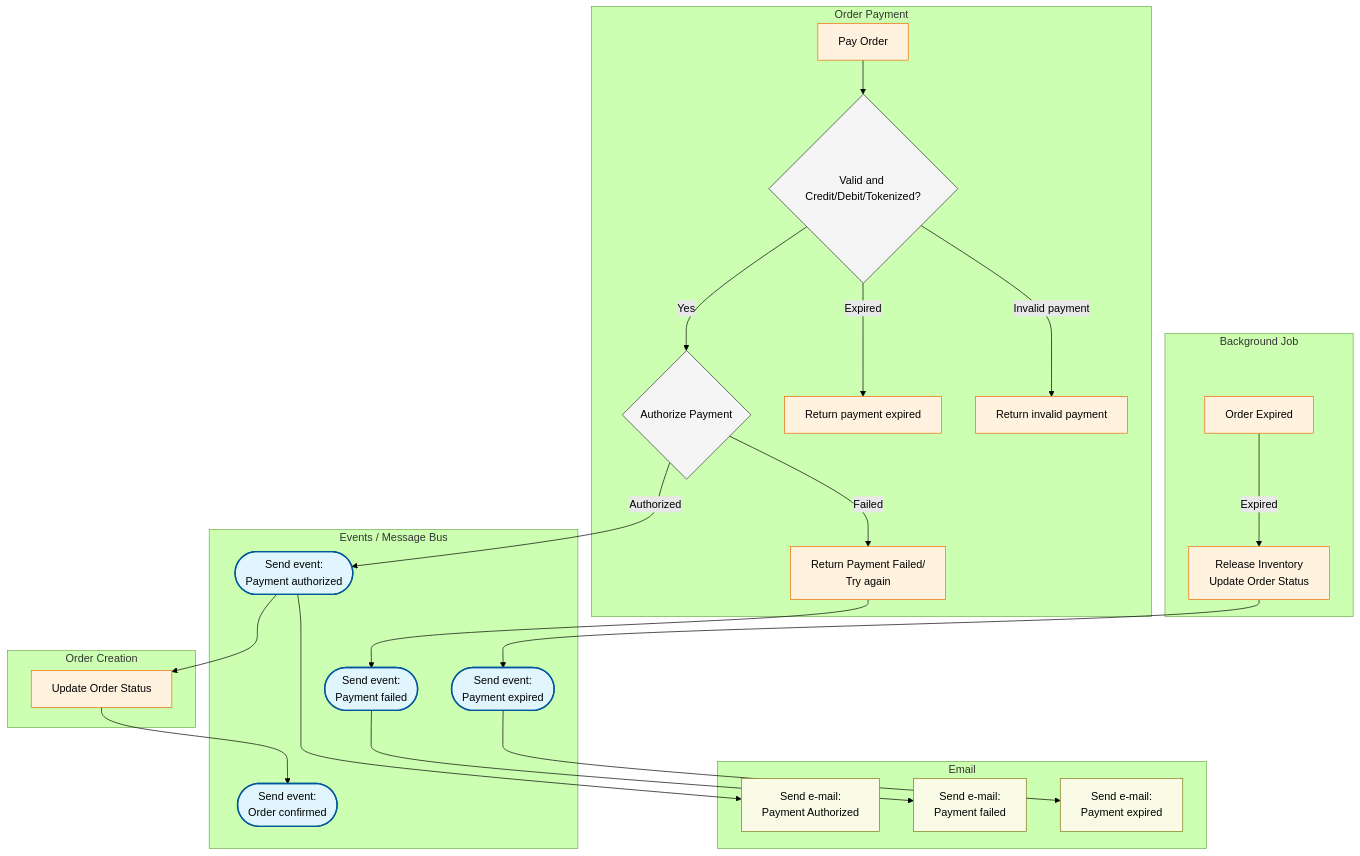
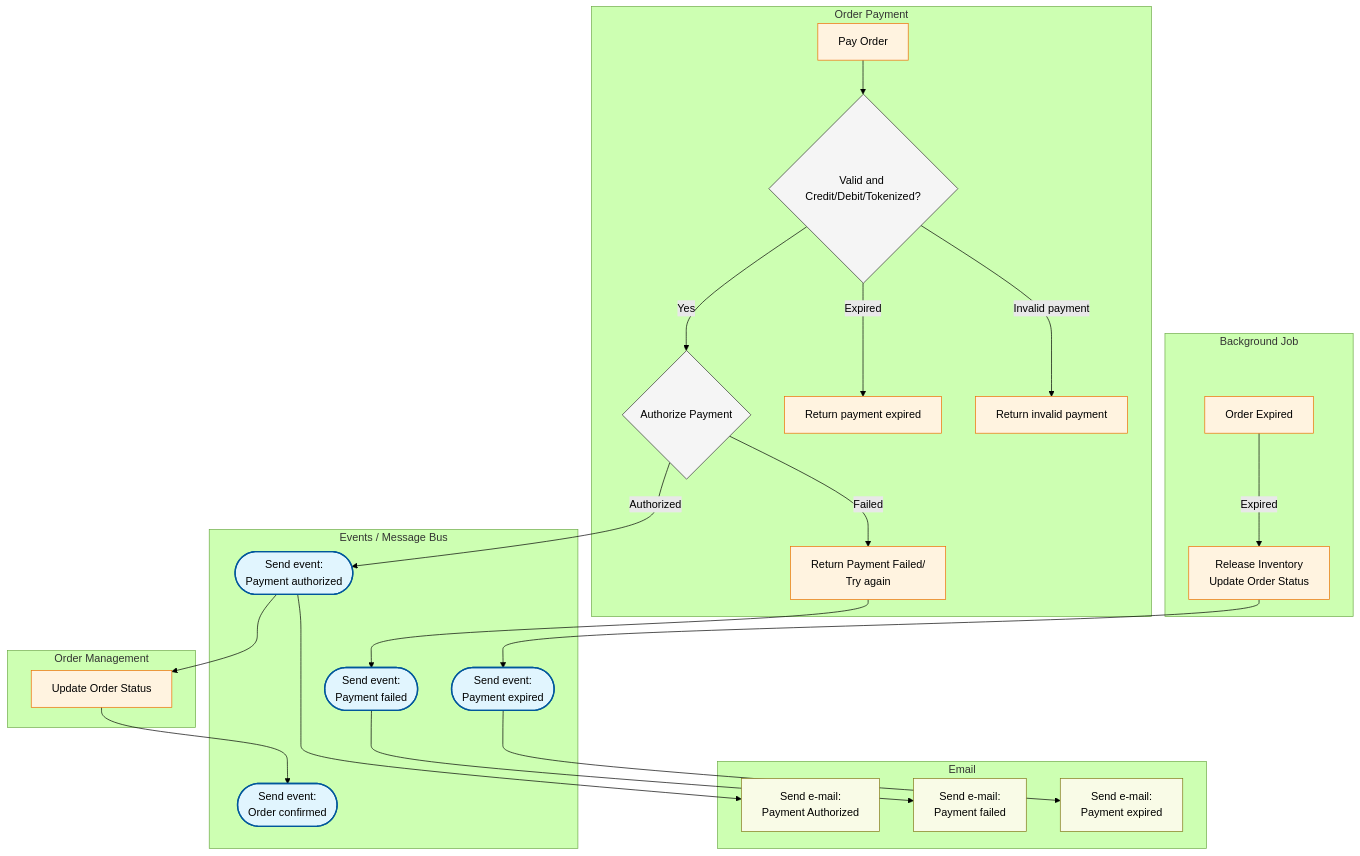
The second of 4 diagrams in README.md (RobertoFreireDev/Order-Management), drawn with Mermaid (forest theme) before and after one commit. The commit also changed other lines of this file, not shown here.

Commit message:
Fix order Management name

````diff
--- a/README.md
+++ b/README.md
@@ -61,56 +61,56 @@
 ```mermaid
 flowchart TD
     %% Subgraph Styling
     classDef event fill:#e1f5fe,stroke:#01579b,stroke-width:2px;
     classDef logic fill:#f5f5f5,stroke:#333,stroke-width:1px;
     classDef order fill:#fff3e0,stroke:#ef6c00,stroke-width:1px;
     classDef note fill:#f9fbe7,stroke:#827717,stroke-width:1px;
 
     subgraph Order_Payment [Order Payment]
         A1[Pay Order] --> B{Valid and Credit/Debit/Tokenized?}
         B --> |"Yes"| E
         B --> |"Expired"| C[Return payment expired]
         B --> |"Invalid payment"| C1[Return invalid payment]
         E{Authorize Payment}
         E -->|Failed| G1[Return Payment Failed/<br/>Try again]
     end
 
-    subgraph Order_Creation [Order Creation]
+    subgraph Order_Creation [Order Management]
         G[Update Order Status]
     end
 
     subgraph Order_Payment_Background_Job [Background Job]
         A2[Order Expired] --> |Expired| F[Release Inventory<br/>Update Order Status]
     end
 
     subgraph Events [Events / Message Bus]
         H([Send event:<br/>Payment authorized])
         H1([Send event:<br/>Payment failed])
         H2([Send event:<br/>Payment expired])
         H3([Send event:<br/>Order confirmed])
     end
 
     subgraph Email [Email]
         I[Send e-mail: <br/>Payment Authorized]
         I1[Send e-mail: <br/>Payment failed]
         I2[Send e-mail: <br/>Payment expired]
     end
 
     %% Logic to Events
     F --> H2
     G1 --> H1
     
     %% Event Distribution
     E -->|Authorized| H
     H --> I
     H --> G
     G --> H3
     H1 --> I1
     H2 --> I2
 
     %% Class Assignments
     class H,H1,H2,H3 event;
     class E,B logic;
     class A1,C,C1,G,G1,A2,F order;
     class I,I1,I2 note;
 ```
````
